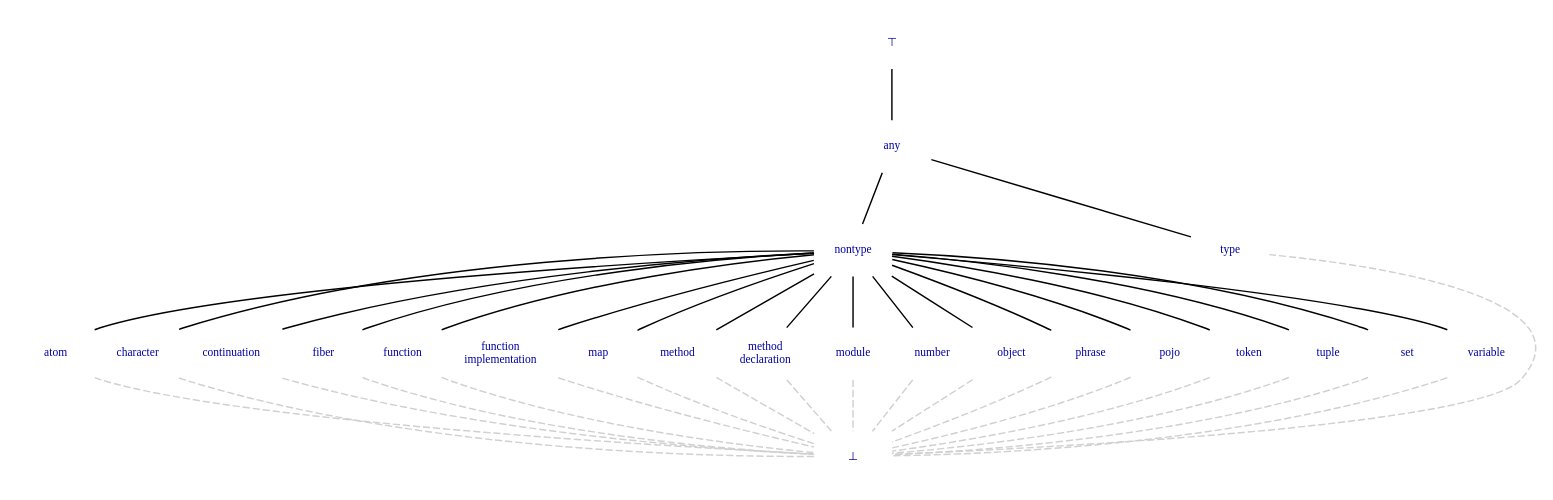
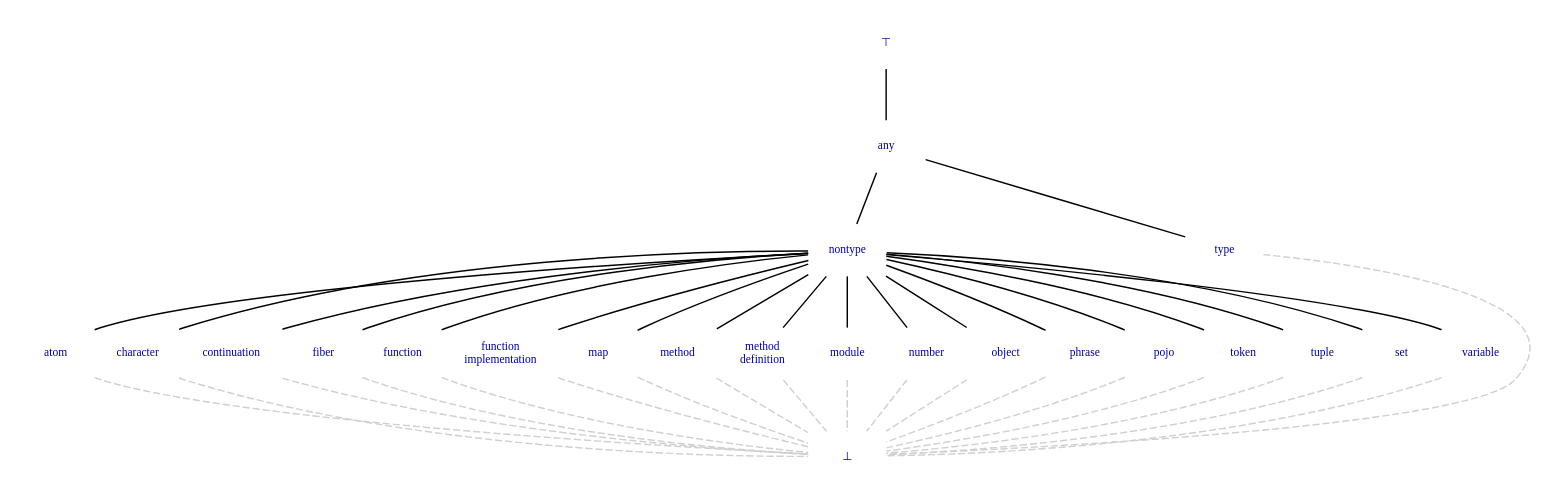
The diagram in about-avail/documentation/type-system/private/scripts/type-system-overview.gv (AvailLang/www.availlang.org), drawn with Graphviz before and after one commit. The commit also changed 3 other files, not shown here.

Commit message:
- Fixed broken links. - Regenerated the type system SVGs to update internal links.

```diff
--- a/about-avail/documentation/type-system/private/scripts/type-system-overview.gv
+++ b/about-avail/documentation/type-system/private/scripts/type-system-overview.gv
@@ -1,72 +1,72 @@
 strict graph "An overview of the Avail type system."
 {
 	nodesep="0.0125";
 	node
 	[
 		shape="plaintext",
 		fontname="Consolas",
 		fontsize="8",
 		fontcolor="#0000A0",
 		target="_top"
 	];
 
 	/* Node descriptions. */
         ⊤ [href="/about-avail/documentation/type-system/types-top"];
         any [href="/about-avail/documentation/type-system/types-any"];
         nontype [href="/about-avail/documentation/type-system/types-nontype"];
 	type [href="/about-avail/documentation/type-system/types-type"];
 	atom [href="/about-avail/documentation/type-system/types-atom"];
 	character [href="/about-avail/documentation/type-system/types-character"];
 	continuation [href="/about-avail/documentation/type-system/types-continuation"];
 	fiber [href="/about-avail/documentation/type-system/types-fiber"];
 	function [href="/about-avail/documentation/type-system/types-function"];
 	"function implementation"
 	[
 		label="function\nimplementation",
 		href="/about-avail/documentation/type-system/types-function-implementation"
 	];
 	map [href="/about-avail/documentation/type-system/types-map"];
 	method [href="/about-avail/documentation/type-system/types-method"];
 	"method definition"
 	[
-		label="method\ndeclaration",
-		href="/about-avail/documentation/type-system/types-method-site"
+		label="method\ndefinition",
+		href="/about-avail/documentation/type-system/types-method-definition"
 	];
 	module [href="/about-avail/documentation/type-system/types-module"];
 	number [href="/about-avail/documentation/type-system/types-number"];
 	object [href="/about-avail/documentation/type-system/types-object"];
 	phrase [href="/about-avail/documentation/type-system/types-phrase"];
 	pojo [href="/about-avail/documentation/type-system/types-pojo"];
 	token [href="/about-avail/documentation/type-system/types-token"];
 	tuple [href="/about-avail/documentation/type-system/types-tuple"];
 	set [href="/about-avail/documentation/type-system/types-set"];
 	variable [href="/about-avail/documentation/type-system/types-variable"];
 	⊥ [href="/about-avail/documentation/type-system/types-bottom"];
 
 	⊤ -- any -- {nontype type};
 	nontype --
 	{
 		atom
 		character continuation
 		fiber function "function implementation"
 		map method "method definition" module
 		number
 		object
 		phrase pojo
 		token tuple
 		set
 		variable
 	};
 	{
 		atom
 		character continuation
 		fiber function "function implementation"
 		map method "method definition" module
 		number
 		object
 		phrase pojo
 		set
 		token tuple type
 		variable
 	} -- ⊥ [color="#d0d0d0", style="dashed"];
 }
```
